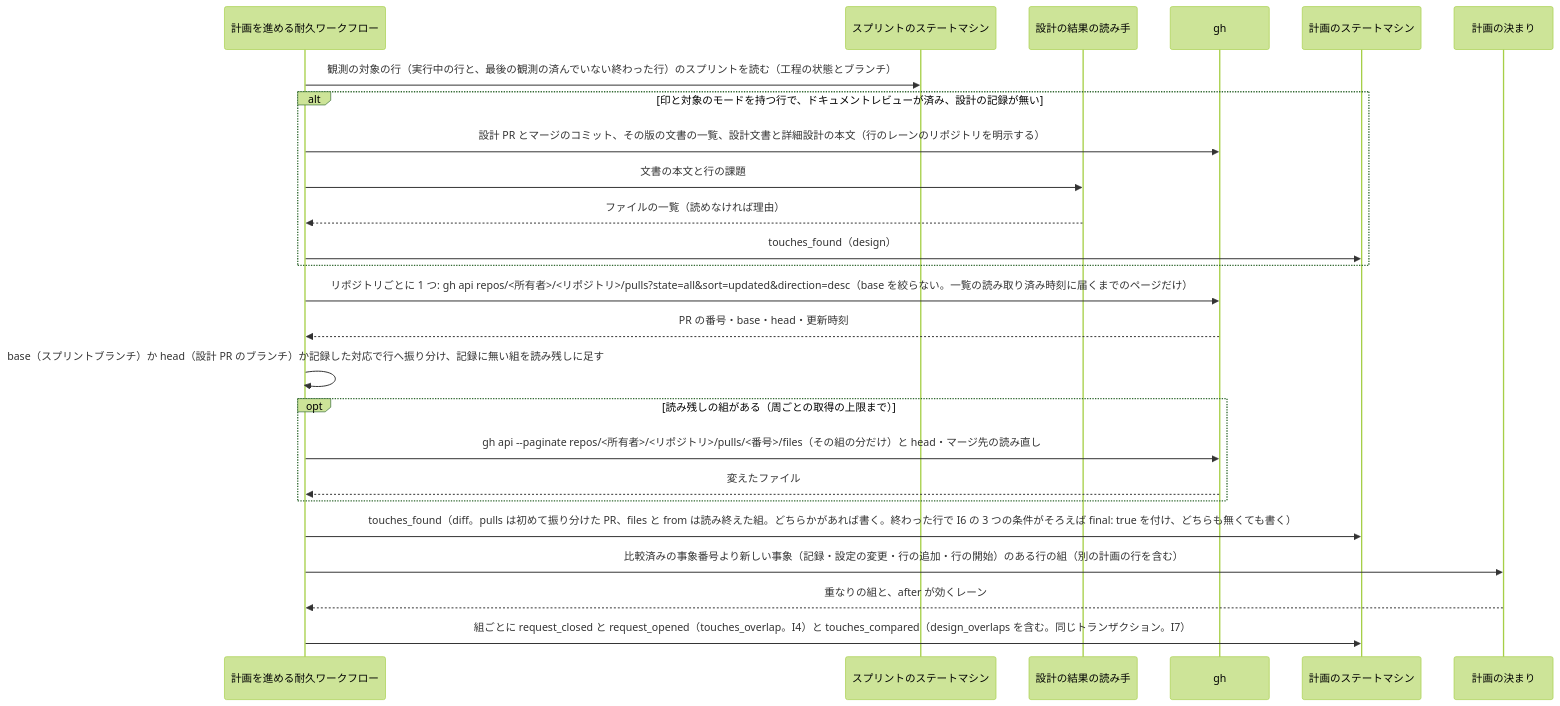
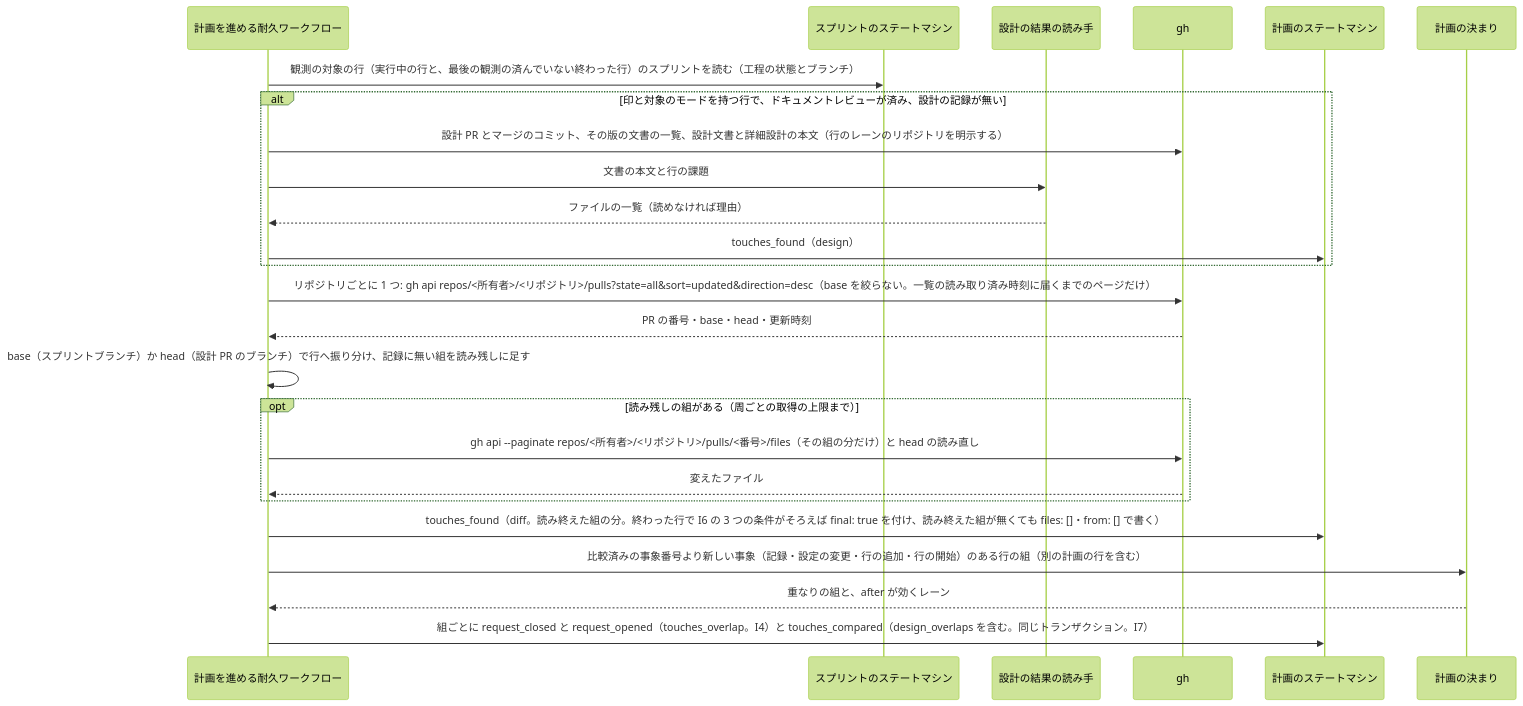
Before and after one commit to devbasex/ai-plugins: the fourth of 5 diagrams in issues/issue-4295-2037-design.md, drawn with Mermaid (forest theme). The commit also changed other lines of this file and 1 other file, not shown here.

````diff
--- a/issues/issue-4295-2037-design.md
+++ b/issues/issue-4295-2037-design.md
@@ -378,27 +376,27 @@
 ```mermaid
 sequenceDiagram
     participant RUN as 計画を進める耐久ワークフロー
     participant SP as スプリントのステートマシン
     participant DR as 設計の結果の読み手
     participant GH as gh
     participant PL as 計画のステートマシン
     participant RU as 計画の決まり
     RUN->>SP: 観測の対象の行（実行中の行と、最後の観測の済んでいない終わった行）のスプリントを読む（工程の状態とブランチ）
     alt 印と対象のモードを持つ行で、ドキュメントレビューが済み、設計の記録が無い
         RUN->>GH: 設計 PR とマージのコミット、その版の文書の一覧、設計文書と詳細設計の本文（行のレーンのリポジトリを明示する）
         RUN->>DR: 文書の本文と行の課題
         DR-->>RUN: ファイルの一覧（読めなければ理由）
         RUN->>PL: touches_found（design）
     end
     RUN->>GH: リポジトリごとに 1 つ: gh api repos/<所有者>/<リポジトリ>/pulls?state=all&sort=updated&direction=desc（base を絞らない。一覧の読み取り済み時刻に届くまでのページだけ）
     GH-->>RUN: PR の番号・base・head・更新時刻
-    RUN->>RUN: base（スプリントブランチ）か head（設計 PR のブランチ）か記録した対応で行へ振り分け、記録に無い組を読み残しに足す
+    RUN->>RUN: base（スプリントブランチ）か head（設計 PR のブランチ）で行へ振り分け、記録に無い組を読み残しに足す
     opt 読み残しの組がある（周ごとの取得の上限まで）
-        RUN->>GH: gh api --paginate repos/<所有者>/<リポジトリ>/pulls/<番号>/files（その組の分だけ）と head・マージ先の読み直し
+        RUN->>GH: gh api --paginate repos/<所有者>/<リポジトリ>/pulls/<番号>/files（その組の分だけ）と head の読み直し
         GH-->>RUN: 変えたファイル
     end
-    RUN->>PL: touches_found（diff。pulls は初めて振り分けた PR、files と from は読み終えた組。どちらかがあれば書く。終わった行で I6 の 3 つの条件がそろえば final: true を付け、どちらも無くても書く）
+    RUN->>PL: touches_found（diff。読み終えた組の分。終わった行で I6 の 3 つの条件がそろえば final: true を付け、読み終えた組が無くても files: []・from: [] で書く）
     RUN->>RU: 比較済みの事象番号より新しい事象（記録・設定の変更・行の追加・行の開始）のある行の組（別の計画の行を含む）
     RU-->>RUN: 重なりの組と、after が効くレーン
     RUN->>PL: 組ごとに request_closed と request_opened（touches_overlap。I4）と touches_compared（design_overlaps を含む。同じトランザクション。I7）
 ```
````
